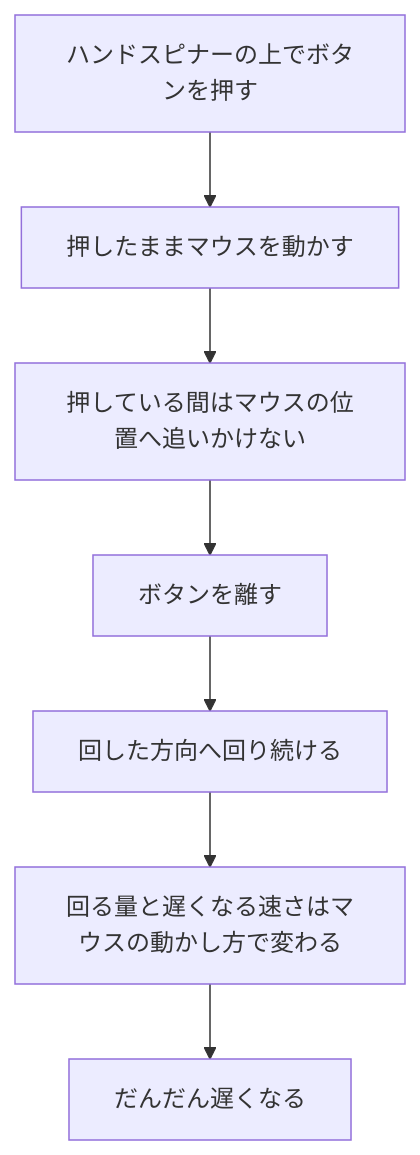
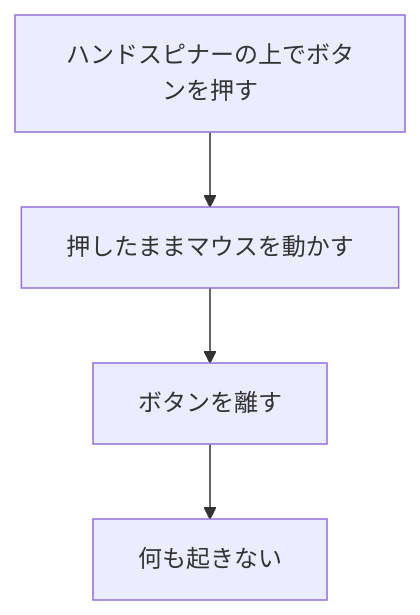
Before and after one commit to pfgnsb/hand-spinner: the third of 9 diagrams in spinner/ドキュメント/ユースケース.md, drawn with Mermaid. The commit also changed other lines of this file and 7 other files, not shown here.

````diff
--- a/spinner/ドキュメント/ユースケース.md
+++ b/spinner/ドキュメント/ユースケース.md
@@ -76,9 +76,6 @@
 ```mermaid
 flowchart TD
   a[ハンドスピナーの上でボタンを押す] --> b[押したままマウスを動かす]
-  b --> c[押している間はマウスの位置へ追いかけない]
-  c --> d[ボタンを離す]
-  d --> e[回した方向へ回り続ける]
-  e --> f[回る量と遅くなる速さはマウスの動かし方で変わる]
-  f --> g[だんだん遅くなる]
+  b --> c[ボタンを離す]
+  c --> d[何も起きない]
 ```
````
